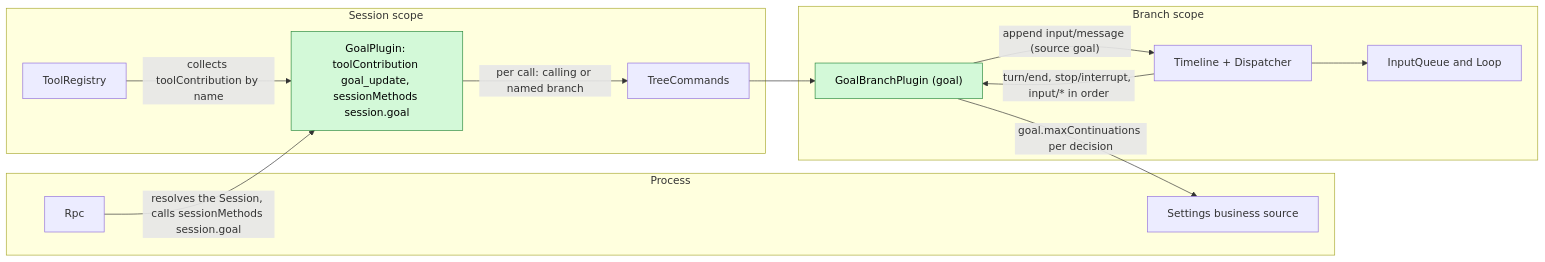
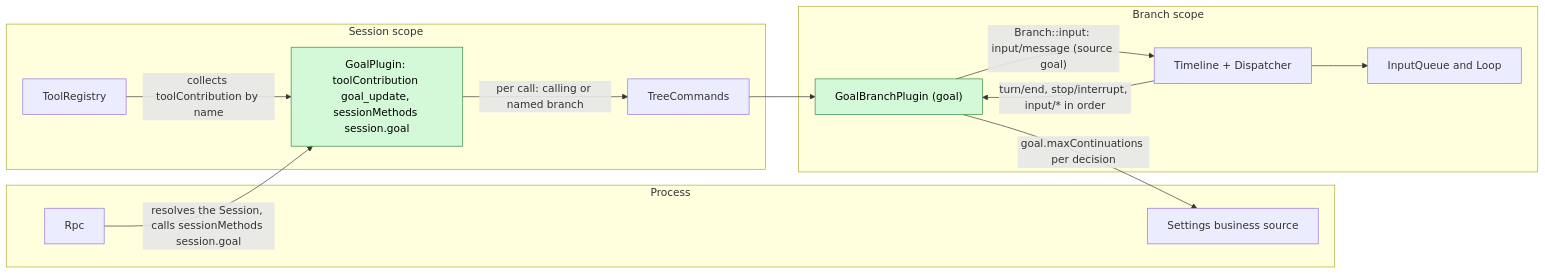
Before and after one commit to CoutinhoTTS/dim-agent: the first of 6 diagrams in docs/design/plugins/Goal.md, drawn with Mermaid. The commit also changed other lines of this file and 42 other files, not shown here.

````diff
--- a/docs/design/plugins/Goal.md
+++ b/docs/design/plugins/Goal.md
@@ -9,26 +9,26 @@
 ```mermaid
 flowchart LR
   subgraph PROC["Process"]
     Rpc["Rpc"]
     Settings["Settings business source"]
   end
   subgraph SESS["Session scope"]
     GS["GoalPlugin: toolContribution goal_update, sessionMethods session.goal"]:::new
     TR["ToolRegistry"]
     TC["TreeCommands"]
   end
   subgraph BR["Branch scope"]
     GB["GoalBranchPlugin (goal)"]:::new
     TL["Timeline + Dispatcher"]
     IQ["InputQueue and Loop"]
   end
   TR -- "collects toolContribution by name" --> GS
   Rpc -- "resolves the Session, calls sessionMethods session.goal" --> GS
   GS -- "per call: calling or named branch" --> TC
   TC --> GB
   TL -- "turn/end, stop/interrupt, input/* in order" --> GB
-  GB -- "append input/message (source goal)" --> TL
+  GB -- "Branch::input: input/message (source goal)" --> TL
   GB -- "goal.maxContinuations per decision" --> Settings
   TL --> IQ
   classDef new fill:#d3f9d8,stroke:#2b8a3e,color:#000
 ```
````
